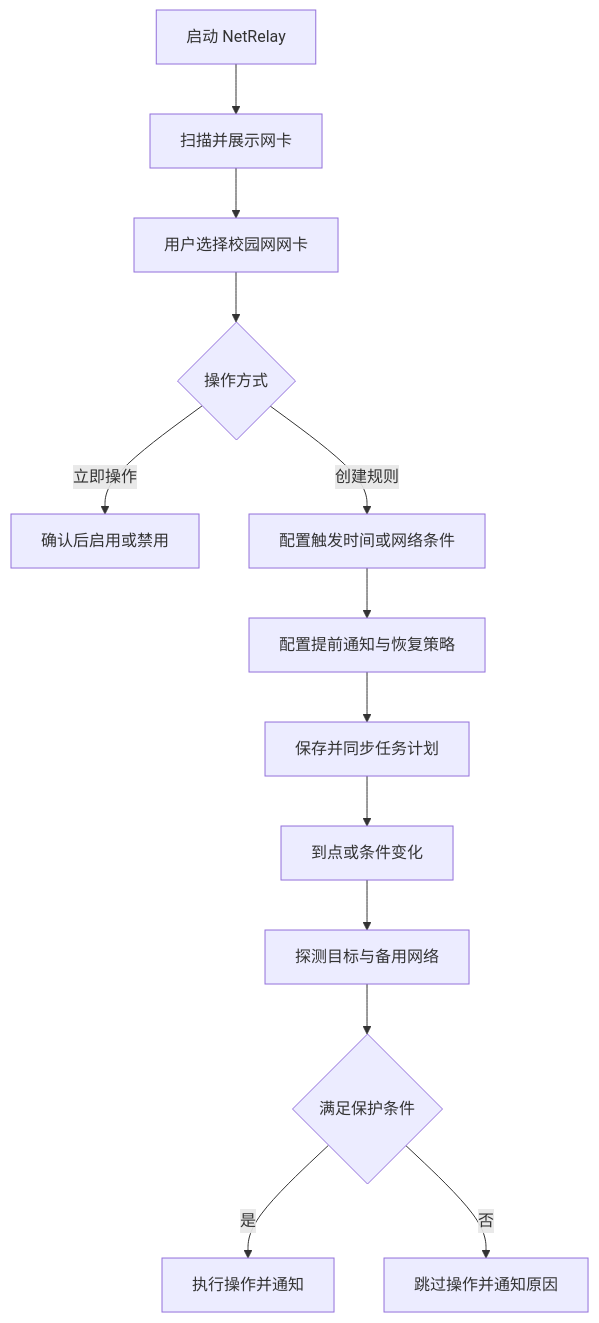
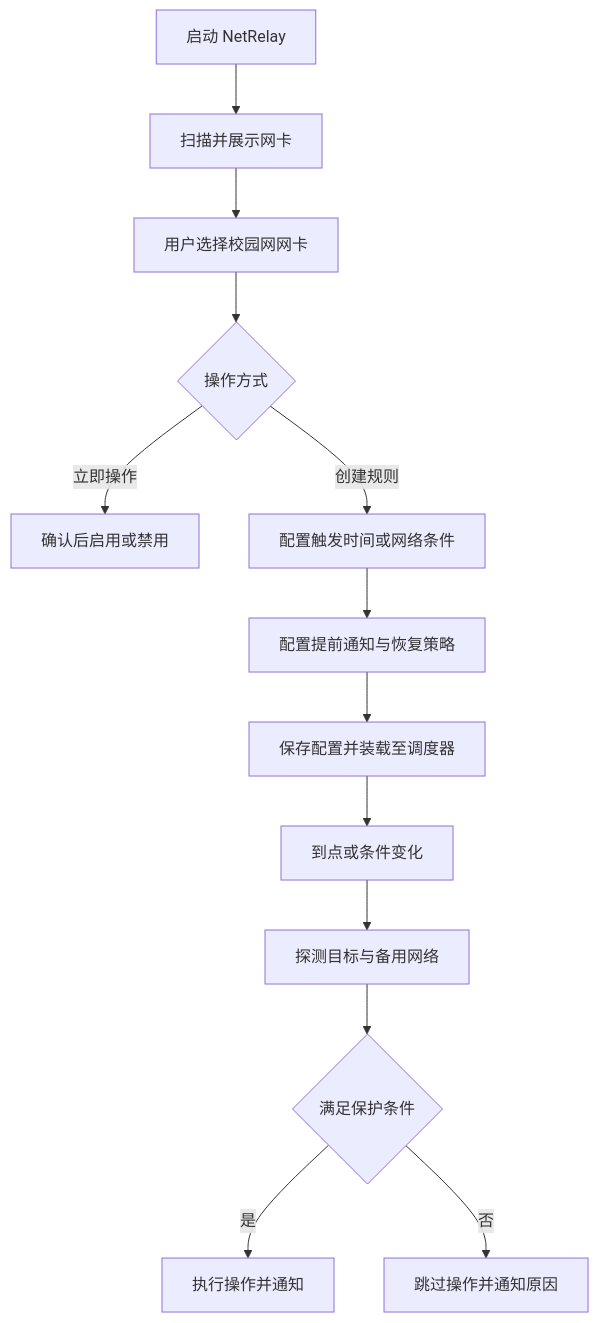
The diagram in docs/01-current-state-and-product.md (LS3213/NetRelay), drawn with Mermaid before and after one commit. The commit also changed other lines of this file and 4 other files, not shown here.

````diff
--- a/docs/01-current-state-and-product.md
+++ b/docs/01-current-state-and-product.md
@@ -78,15 +78,15 @@
 ```mermaid
 flowchart TD
     A[启动 NetRelay] --> B[扫描并展示网卡]
     B --> C[用户选择校园网网卡]
     C --> D{操作方式}
     D -->|立即操作| E[确认后启用或禁用]
     D -->|创建规则| F[配置触发时间或网络条件]
     F --> G[配置提前通知与恢复策略]
-    G --> H[保存并同步任务计划]
+    G --> H[保存配置并装载至调度器]
     H --> I[到点或条件变化]
     I --> J[探测目标与备用网络]
     J --> K{满足保护条件}
     K -->|是| L[执行操作并通知]
     K -->|否| M[跳过操作并通知原因]
 ```
````
